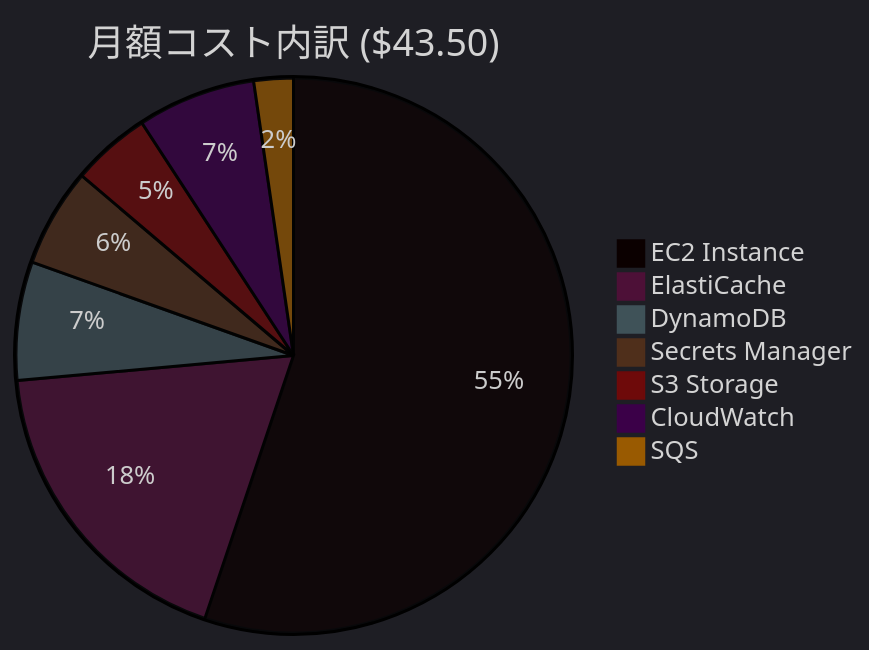
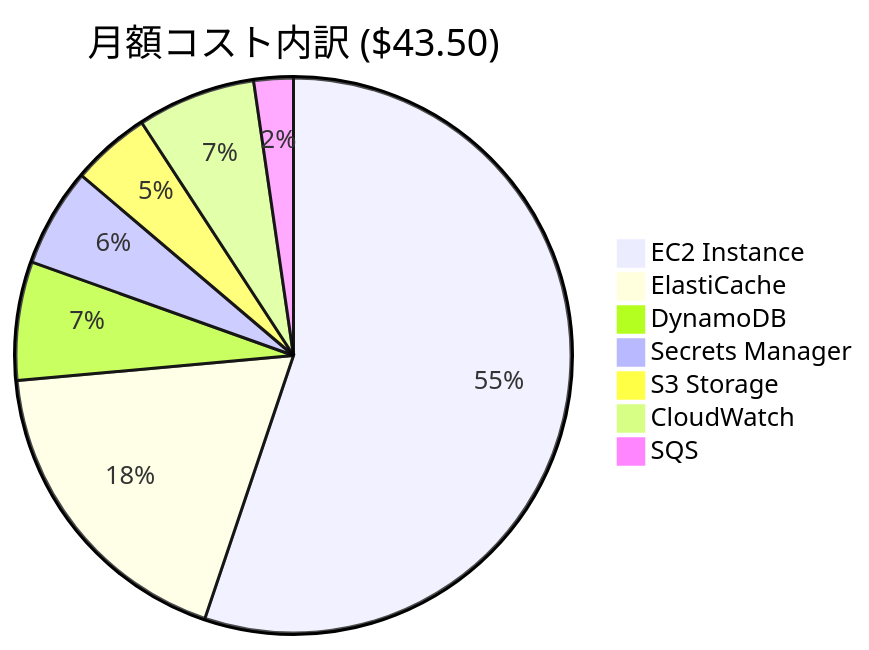
One commit to Riki-22/axia-tss changed the fourth of 4 diagrams in README.md. Above: the diagram before and after it, drawn with Mermaid. The commit also changed other lines of this file, not shown here.

````diff
--- a/README.md
+++ b/README.md
@@ -177,11 +177,10 @@
 ```mermaid
-%%{init: {'theme': 'dark'}}%%
 pie title 月額コスト内訳 ($43.50)
     "EC2 Instance" : 24.00
     "ElastiCache" : 8.00
     "DynamoDB" : 3.00
     "Secrets Manager" : 2.50
     "S3 Storage" : 2.00
     "CloudWatch" : 3.00
     "SQS" : 1.00
 ```
````
